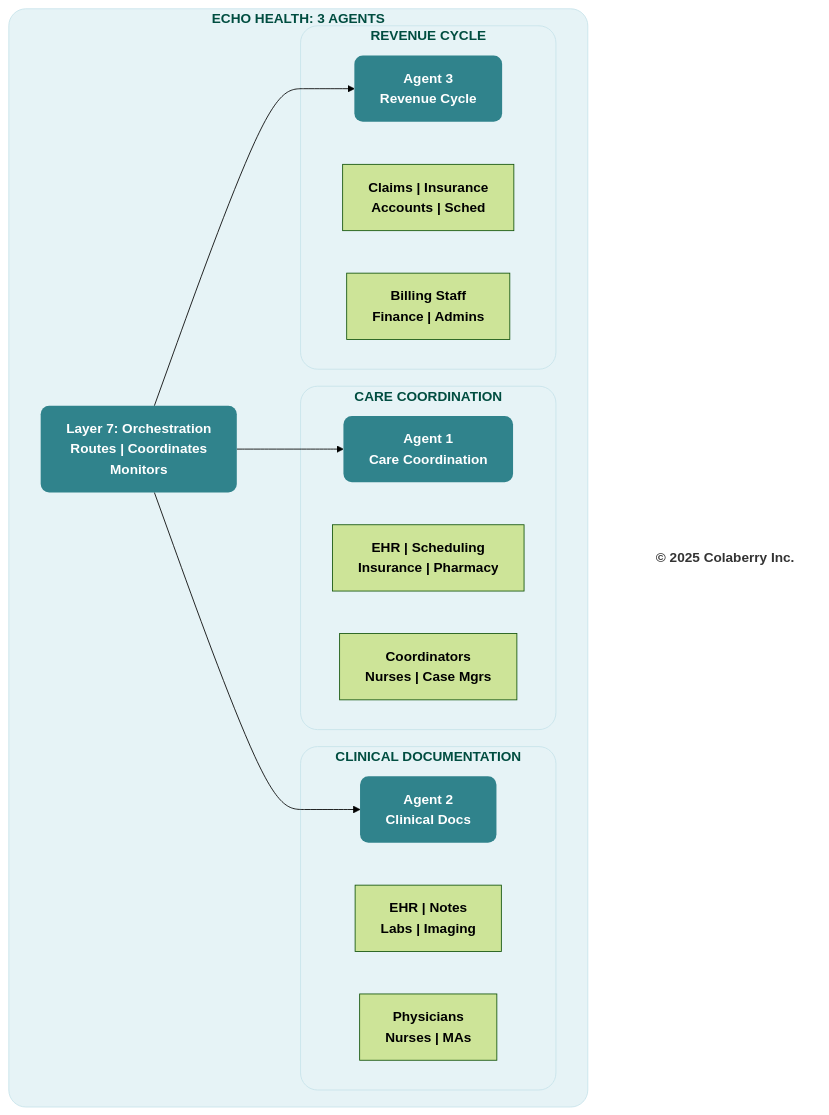
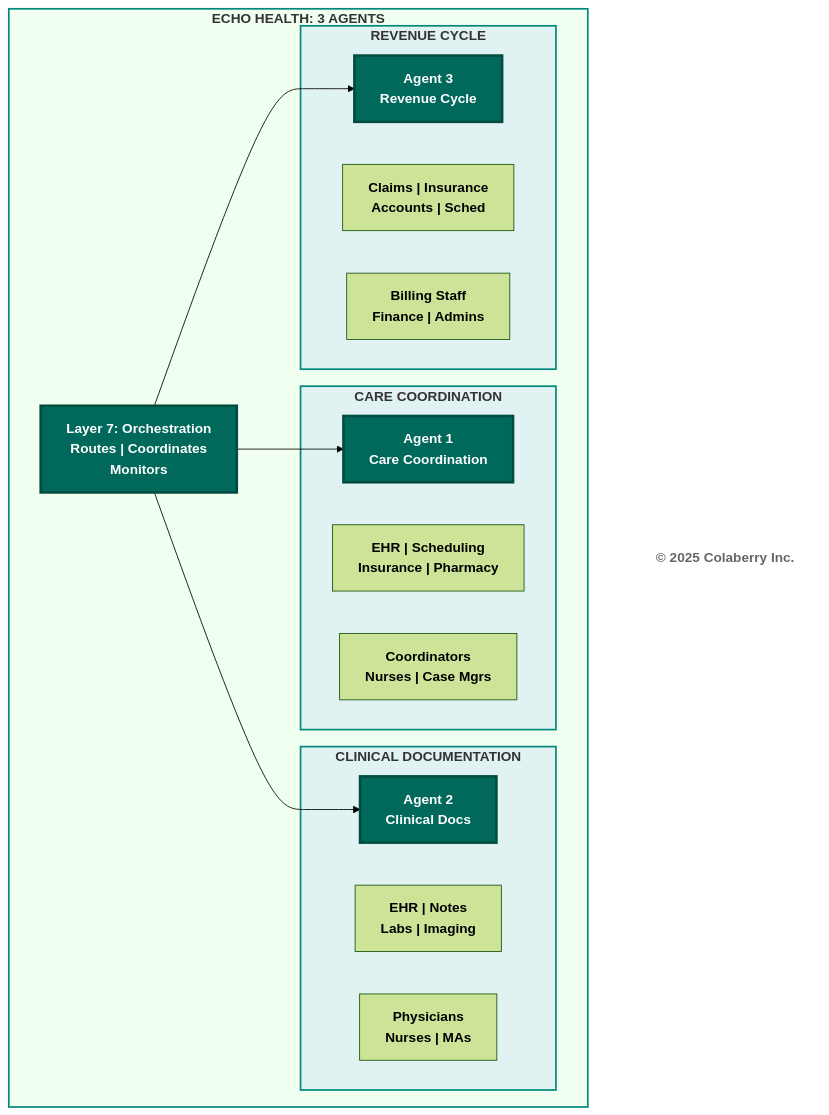
One commit to saitejesh-cyber/trust-before-intelligence-book changed the seventh of 11 diagrams in manuscript/09_chapter_8_architecture_of_trust_in_action.md. Above: the diagram before and after it, drawn with Mermaid (forest theme). The commit also changed other lines of this file and 12 other files, not shown here.

Commit message:
Restore legacy Mermaid styles for Option 1

````diff
--- a/manuscript/09_chapter_8_architecture_of_trust_in_action.md
+++ b/manuscript/09_chapter_8_architecture_of_trust_in_action.md
@@ -550,40 +550,40 @@
 ```mermaid
 graph TB
   subgraph AGENTS["<b>ECHO HEALTH: 3 AGENTS</b>"]
     subgraph CARE["<b>CARE COORDINATION</b>"]
       CA["<b>Agent 1</b><br/><b>Care Coordination</b>"]
       CA_DATA["<b>EHR | Scheduling</b><br/><b>Insurance | Pharmacy</b>"]
       CA_USERS["<b>Coordinators</b><br/><b>Nurses | Case Mgrs</b>"]
     end
     
     subgraph CLINICAL["<b>CLINICAL DOCUMENTATION</b>"]
       CD["<b>Agent 2</b><br/><b>Clinical Docs</b>"]
       CD_DATA["<b>EHR | Notes</b><br/><b>Labs | Imaging</b>"]
       CD_USERS["<b>Physicians</b><br/><b>Nurses | MAs</b>"]
     end
     
     subgraph REVENUE["<b>REVENUE CYCLE</b>"]
       RC["<b>Agent 3</b><br/><b>Revenue Cycle</b>"]
       RC_DATA["<b>Claims | Insurance</b><br/><b>Accounts | Sched</b>"]
       RC_USERS["<b>Billing Staff</b><br/><b>Finance | Admins</b>"]
     end
     
     ORCH["<b>Layer 7: Orchestration</b><br/><b>Routes | Coordinates <br/> Monitors</b>"]
     
     ORCH --> CA
     ORCH --> CD
     ORCH --> RC
   end
   
-  style AGENTS fill:#e6f3f6,stroke:#c7e3ea,stroke-width:1px,color:#004d40,rx:20,ry:20
-  style CARE fill:#e6f3f6,stroke:#c7e3ea,stroke-width:1px,color:#004d40,rx:20,ry:20
-  style CLINICAL fill:#e6f3f6,stroke:#c7e3ea,stroke-width:1px,color:#004d40,rx:20,ry:20
-  style REVENUE fill:#e6f3f6,stroke:#c7e3ea,stroke-width:1px,color:#004d40,rx:20,ry:20
-  style CA fill:#30838C,stroke:none,color:#ffffff,rx:10,ry:10
-  style CD fill:#30838C,stroke:none,color:#ffffff,rx:10,ry:10
-  style RC fill:#30838C,stroke:none,color:#ffffff,rx:10,ry:10
-  style ORCH fill:#30838C,stroke:none,color:#ffffff,rx:10,ry:10
+  style AGENTS fill:#f0fff0,stroke:#00897b,stroke-width:2px
+  style CARE fill:#e0f2f1,stroke:#00897b,stroke-width:2px
+  style CLINICAL fill:#e0f2f1,stroke:#00897b,stroke-width:2px
+  style REVENUE fill:#e0f2f1,stroke:#00897b,stroke-width:2px
+  style CA fill:#00695c,color:#ffffff,stroke:#004d40,stroke-width:3px
+  style CD fill:#00695c,color:#ffffff,stroke:#004d40,stroke-width:3px
+  style RC fill:#00695c,color:#ffffff,stroke:#004d40,stroke-width:3px
+  style ORCH fill:#00695c,color:#ffffff,stroke:#004d40,stroke-width:3px
   
   Copyright["<b>© 2025 Colaberry Inc.</b>"]
-  style Copyright fill:none,stroke:none,color:#333333
+  style Copyright fill:#ffffff,stroke:none,color:#666666
 ```
````
